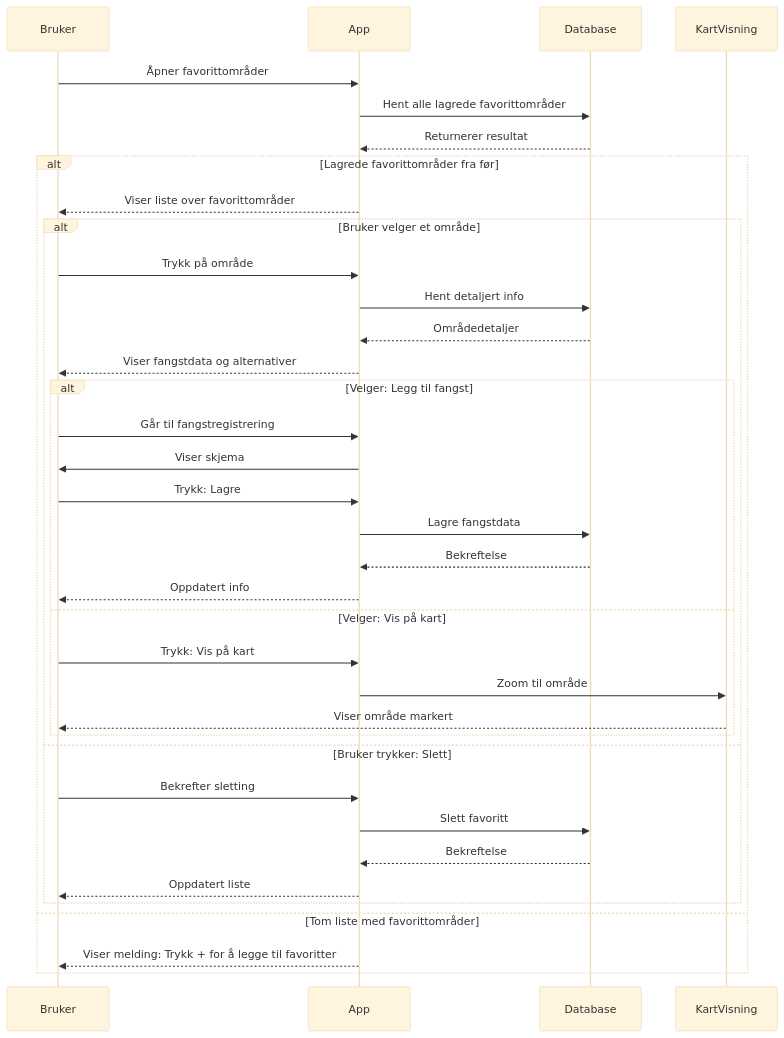
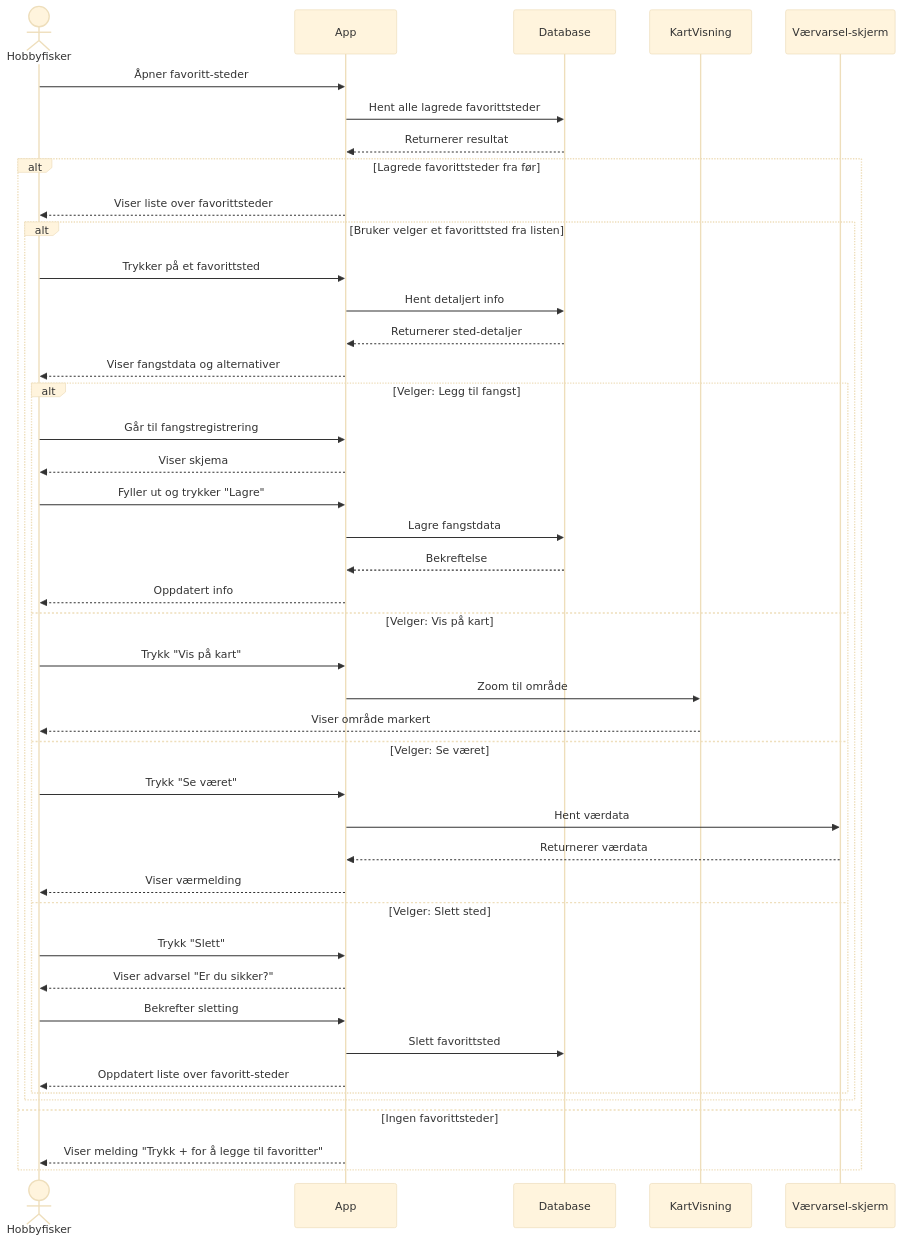
The diagram in modelling/sekvens_diagram_favorittomrader.md (jonesstoen/FiskeKlar), drawn with Mermaid (base theme) before and after one commit. The commit also changed other lines of this file and 8 other files, not shown here.

````diff
--- a/modelling/sekvens_diagram_favorittomrader.md
+++ b/modelling/sekvens_diagram_favorittomrader.md
@@ -3,44 +3,50 @@
 ```mermaid
 sequenceDiagram
-    participant Bruker
+    actor Hobbyfisker
     participant App
     participant Database
     participant KartVisning
+    participant Værvarsel-skjerm
 
-    Bruker->>App: Åpner favorittområder
-    App->>Database: Hent alle lagrede favorittområder
-    Database-->>App: Returnerer resultat
+    Hobbyfisker ->> App: Åpner favoritt-steder
+    App ->> Database: Hent alle lagrede favorittsteder
+    Database -->> App: Returnerer resultat
 
-    alt Lagrede favorittområder fra før
-        App-->>Bruker: Viser liste over favorittområder
+    alt Lagrede favorittsteder fra før
+        App -->> Hobbyfisker: Viser liste over favorittsteder
 
-        alt Bruker velger et område
-            Bruker->>App: Trykk på område
-            App->>Database: Hent detaljert info
-            Database-->>App: Områdedetaljer
-            App-->>Bruker: Viser fangstdata og alternativer
+        alt Bruker velger et favorittsted fra listen
+            Hobbyfisker ->> App: Trykker på et favorittsted
+            App ->> Database: Hent detaljert info
+            Database -->> App: Returnerer sted-detaljer
+            App -->> Hobbyfisker: Viser fangstdata og alternativer
 
             alt Velger: Legg til fangst
-                Bruker->>App: Går til fangstregistrering
-                App->>Bruker: Viser skjema
-                Bruker->>App: Trykk: Lagre
-                App->>Database: Lagre fangstdata
-                Database-->>App: Bekreftelse
-                App-->>Bruker: Oppdatert info
+                Hobbyfisker ->> App: Går til fangstregistrering
+                App -->> Hobbyfisker: Viser skjema
+                Hobbyfisker ->> App: Fyller ut og trykker "Lagre"
+                App ->> Database: Lagre fangstdata
+                Database -->> App: Bekreftelse
+                App -->> Hobbyfisker: Oppdatert info
             else Velger: Vis på kart
-                Bruker->>App: Trykk: Vis på kart
-                App->>KartVisning: Zoom til område
-                KartVisning-->>Bruker: Viser område markert
+                Hobbyfisker ->> App: Trykk "Vis på kart"
+                App ->> KartVisning: Zoom til område
+                KartVisning -->> Hobbyfisker: Viser område markert
+            else Velger: Se været
+                Hobbyfisker ->> App: Trykk "Se været"
+                App ->> Værvarsel-skjerm: Hent værdata
+                Værvarsel-skjerm -->> App: Returnerer værdata
+                App -->> Hobbyfisker: Viser værmelding
+            else Velger: Slett sted
+                Hobbyfisker ->> App: Trykk "Slett"
+                App -->> Hobbyfisker: Viser advarsel "Er du sikker?"
+                Hobbyfisker ->> App: Bekrefter sletting
+                App ->> Database: Slett favorittsted
+                App -->> Hobbyfisker: Oppdatert liste over favoritt-steder
             end
-
-            else Bruker trykker: Slett
-                Bruker->>App: Bekrefter sletting
-                App->>Database: Slett favoritt
-                Database-->>App: Bekreftelse
-                App-->>Bruker: Oppdatert liste
         end
 
-    else Tom liste med favorittområder
-        App-->>Bruker: Viser melding: Trykk + for å legge til favoritter
+    else Ingen favorittsteder
+        App -->> Hobbyfisker: Viser melding "Trykk + for å legge til favoritter"
     end
 ```
````
